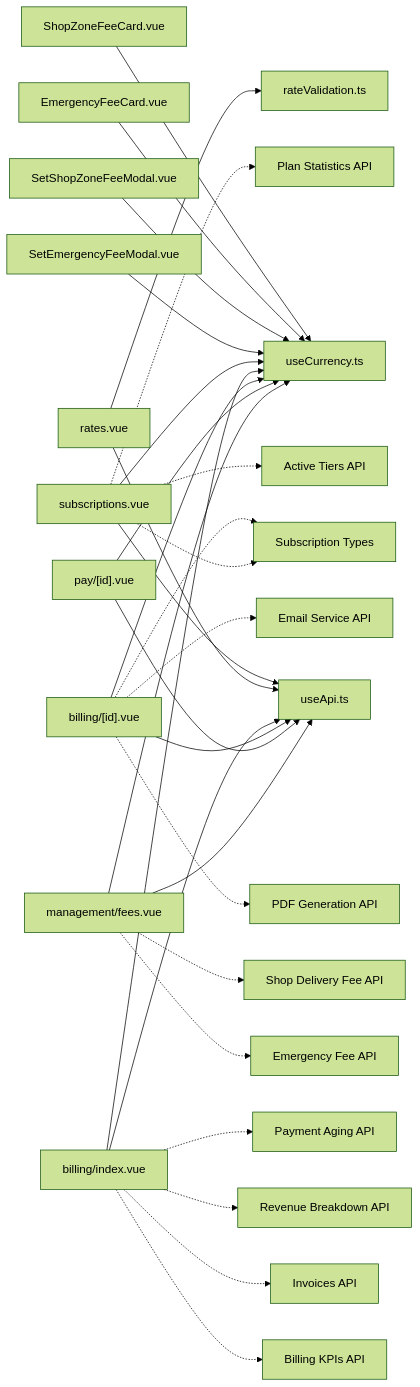
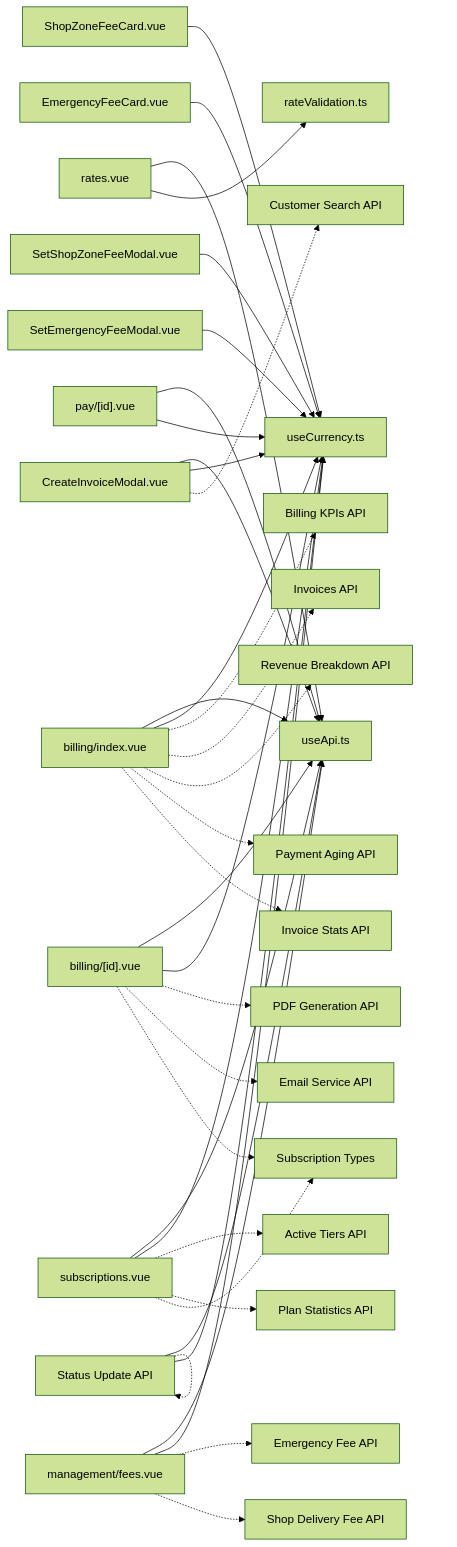
The third of 3 diagrams in .qoder/repowiki/en/content/Business Modules/Billing & Subscriptions/Billing & Subscriptions.md (Lazynerd-Studios/lacarte-atlas-console), drawn with Mermaid (forest theme) before and after one commit. The commit also changed other lines of this file and 32 other files, not shown here.

````diff
--- a/.qoder/repowiki/en/content/Business Modules/Billing & Subscriptions/Billing & Subscriptions.md
+++ b/.qoder/repowiki/en/content/Business Modules/Billing & Subscriptions/Billing & Subscriptions.md
@@ -434,31 +548,38 @@
 ```mermaid
 graph LR
 SubPlans["subscriptions.vue"] --> Api["useApi.ts"]
 Rates["rates.vue"] --> Api
 Billing["billing/index.vue"] --> Api
 InvoiceDetail["billing/[id].vue"] --> Api
+InvoiceCreation["CreateInvoiceModal.vue"] --> Api
+StatusUpdate["UpdateInvoiceStatusModal.vue"] --> Api
 PayPortal["pay/[id].vue"] --> Api
 FeeManagement["management/fees.vue"] --> Api
 ShopZoneCard["ShopZoneFeeCard.vue"] --> Currency["useCurrency.ts"]
 EmergencyCard["EmergencyFeeCard.vue"] --> Currency
 ShopZoneModal["SetShopZoneFeeModal.vue"] --> Currency
 EmergencyModal["SetEmergencyFeeModal.vue"] --> Currency
 Rates --> Validation["rateValidation.ts"]
 SubPlans --> Currency
 Billing --> Currency
 InvoiceDetail --> Currency
+InvoiceCreation --> Currency
+StatusUpdate --> Currency
 PayPortal --> Currency
 FeeManagement --> Currency
 Billing -.-> KPIs["Billing KPIs API"]
 Billing -.-> Invoices["Invoices API"]
 Billing -.-> Revenue["Revenue Breakdown API"]
 Billing -.-> Aging["Payment Aging API"]
+Billing -.-> Stats["Invoice Stats API"]
 InvoiceDetail -.-> PDF["PDF Generation API"]
 InvoiceDetail -.-> Email["Email Service API"]
 InvoiceDetail -.-> Types["TypeScript Interfaces"]
+InvoiceCreation -.-> Customers["Customer Search API"]
+StatusUpdate -.-> StatusUpdate["Status Update API"]
 SubPlans -.-> ActiveTiers["Active Tiers API"]
 SubPlans -.-> PlanStats["Plan Statistics API"]
 SubPlans -.-> Types["Subscription Types"]
 FeeManagement -.-> EmergencyFee["Emergency Fee API"]
 FeeManagement -.-> ShopDelivery["Shop Delivery Fee API"]
 ```
````
